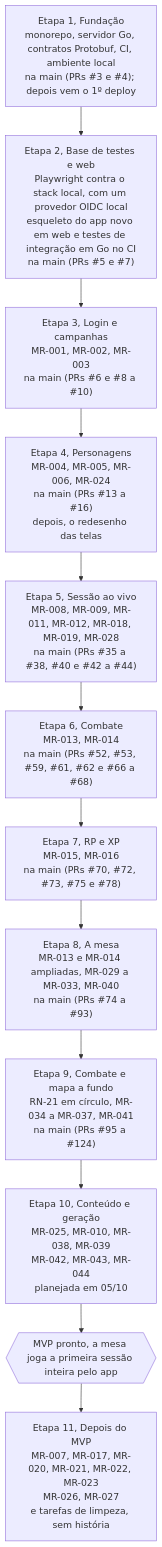
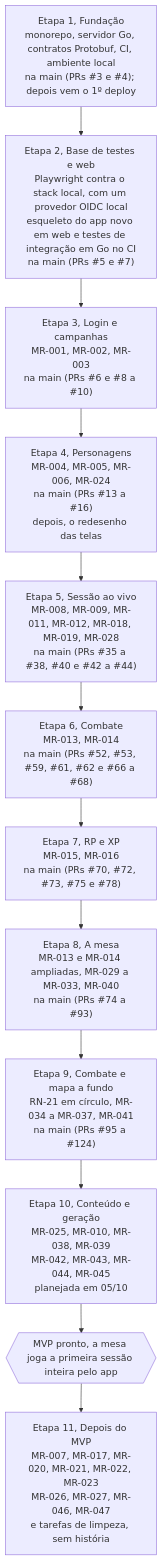
One commit to PuraFome/meuRPG changed the diagram in docs/roadmap.md. Above: the diagram before and after it, drawn with Mermaid. The commit also changed other lines of this file and 4 other files, not shown here.

````diff
--- a/docs/roadmap.md
+++ b/docs/roadmap.md
@@ -5,17 +5,17 @@
 ```mermaid
 flowchart TD
     E1["Etapa 1, Fundação<br/>monorepo, servidor Go, contratos Protobuf, CI, ambiente local<br/>na main (PRs #3 e #4); depois vem o 1º deploy"]
     E2["Etapa 2, Base de testes e web<br/>Playwright contra o stack local, com um provedor OIDC local<br/>esqueleto do app novo em web e testes de integração em Go no CI<br/>na main (PRs #5 e #7)"]
     E3["Etapa 3, Login e campanhas<br/>MR-001, MR-002, MR-003<br/>na main (PRs #6 e #8 a #10)"]
     E4["Etapa 4, Personagens<br/>MR-004, MR-005, MR-006, MR-024<br/>na main (PRs #13 a #16)<br/>depois, o redesenho das telas"]
     E5["Etapa 5, Sessão ao vivo<br/>MR-008, MR-009, MR-011, MR-012, MR-018, MR-019, MR-028<br/>na main (PRs #35 a #38, #40 e #42 a #44)"]
     E6["Etapa 6, Combate<br/>MR-013, MR-014<br/>na main (PRs #52, #53, #59, #61, #62 e #66 a #68)"]
     E7["Etapa 7, RP e XP<br/>MR-015, MR-016<br/>na main (PRs #70, #72, #73, #75 e #78)"]
     E8["Etapa 8, A mesa<br/>MR-013 e MR-014 ampliadas, MR-029 a MR-033, MR-040<br/>na main (PRs #74 a #93)"]
     E9["Etapa 9, Combate e mapa a fundo<br/>RN-21 em círculo, MR-034 a MR-037, MR-041<br/>na main (PRs #95 a #124)"]
-    E10["Etapa 10, Conteúdo e geração<br/>MR-025, MR-010, MR-038, MR-039<br/>MR-042, MR-043, MR-044<br/>planejada em 05/10"]
+    E10["Etapa 10, Conteúdo e geração<br/>MR-025, MR-010, MR-038, MR-039<br/>MR-042, MR-043, MR-044, MR-045<br/>planejada em 05/10"]
     MVP{{"MVP pronto, a mesa joga a primeira sessão inteira pelo app"}}
-    E11["Etapa 11, Depois do MVP<br/>MR-007, MR-017, MR-020, MR-021, MR-022, MR-023<br/>MR-026, MR-027<br/>e tarefas de limpeza, sem história"]
+    E11["Etapa 11, Depois do MVP<br/>MR-007, MR-017, MR-020, MR-021, MR-022, MR-023<br/>MR-026, MR-027, MR-046, MR-047<br/>e tarefas de limpeza, sem história"]
 
     E1 --> E2 --> E3 --> E4 --> E5 --> E6 --> E7 --> E8 --> E9 --> E10 --> MVP --> E11
 ```
````
